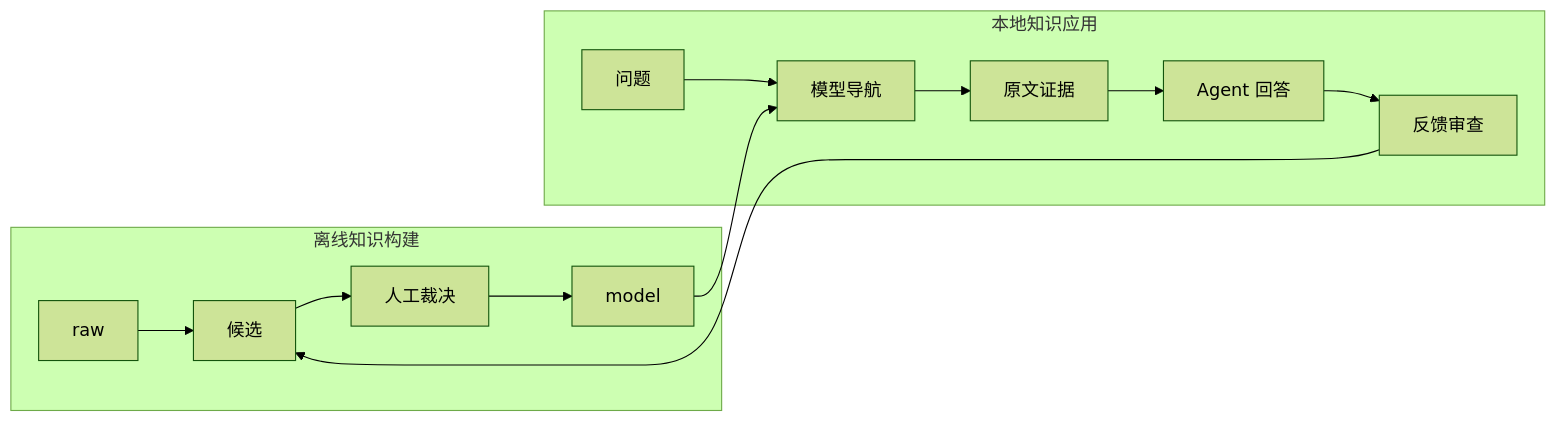
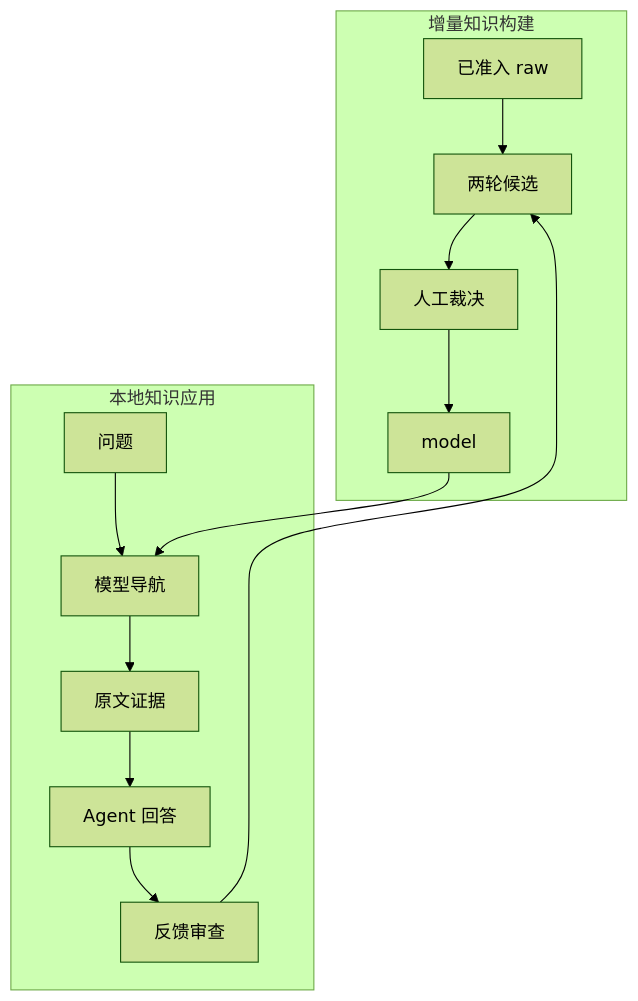
Before and after one commit to guojingZ/LLM-knowledgeBase: the diagram in PROJECT.md, drawn with Mermaid (forest theme). The commit also changed other lines of this file and 244 other files, not shown here.

````diff
--- a/PROJECT.md
+++ b/PROJECT.md
@@ -25,16 +26,16 @@
 ```mermaid
-flowchart LR
-    subgraph Build[离线知识构建]
-        R[raw] --> C[候选]
+flowchart TD
+    subgraph Build[增量知识构建]
+        R[已准入 raw] --> C[两轮候选]
         C --> H[人工裁决]
         H --> M[model]
     end
     subgraph Use[本地知识应用]
         Q[问题] --> N[模型导航]
         N --> E[原文证据]
         E --> A[Agent 回答]
         A --> F[反馈审查]
     end
     M --> N
     F --> C
 ```
````
